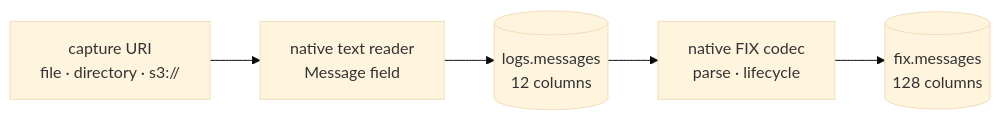
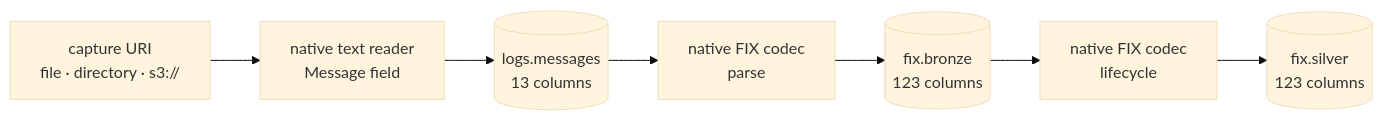
The diagram in docs/index.md (Platob/yggfin), drawn with Mermaid (base theme) before and after one commit. The commit also changed other lines of this file and 1653 other files, not shown here.

````diff
--- a/docs/index.md
+++ b/docs/index.md
@@ -38,7 +40,9 @@
 ```mermaid
 flowchart LR
     S["capture URI<br/>file · directory · s3://"] --> T["native text reader<br/>Message field"]
-    T --> M[("logs.messages<br/>12 columns")]
-    M --> F["native FIX codec<br/>parse · lifecycle"]
-    F --> O[("fix.messages<br/>128 columns")]
+    T --> M[("logs.messages<br/>13 columns")]
+    M --> F["native FIX codec<br/>parse"]
+    F --> B[("fix.bronze<br/>123 columns")]
+    B --> L["native FIX codec<br/>lifecycle"]
+    L --> O[("fix.silver<br/>123 columns")]
 ```
````
